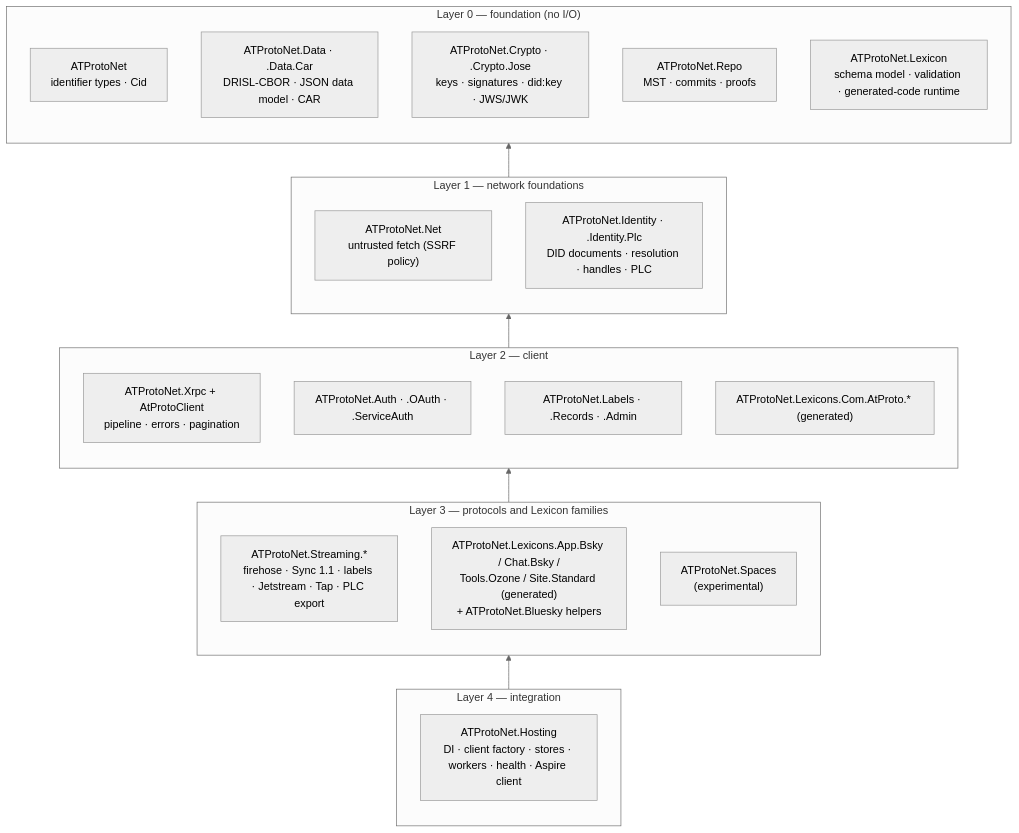
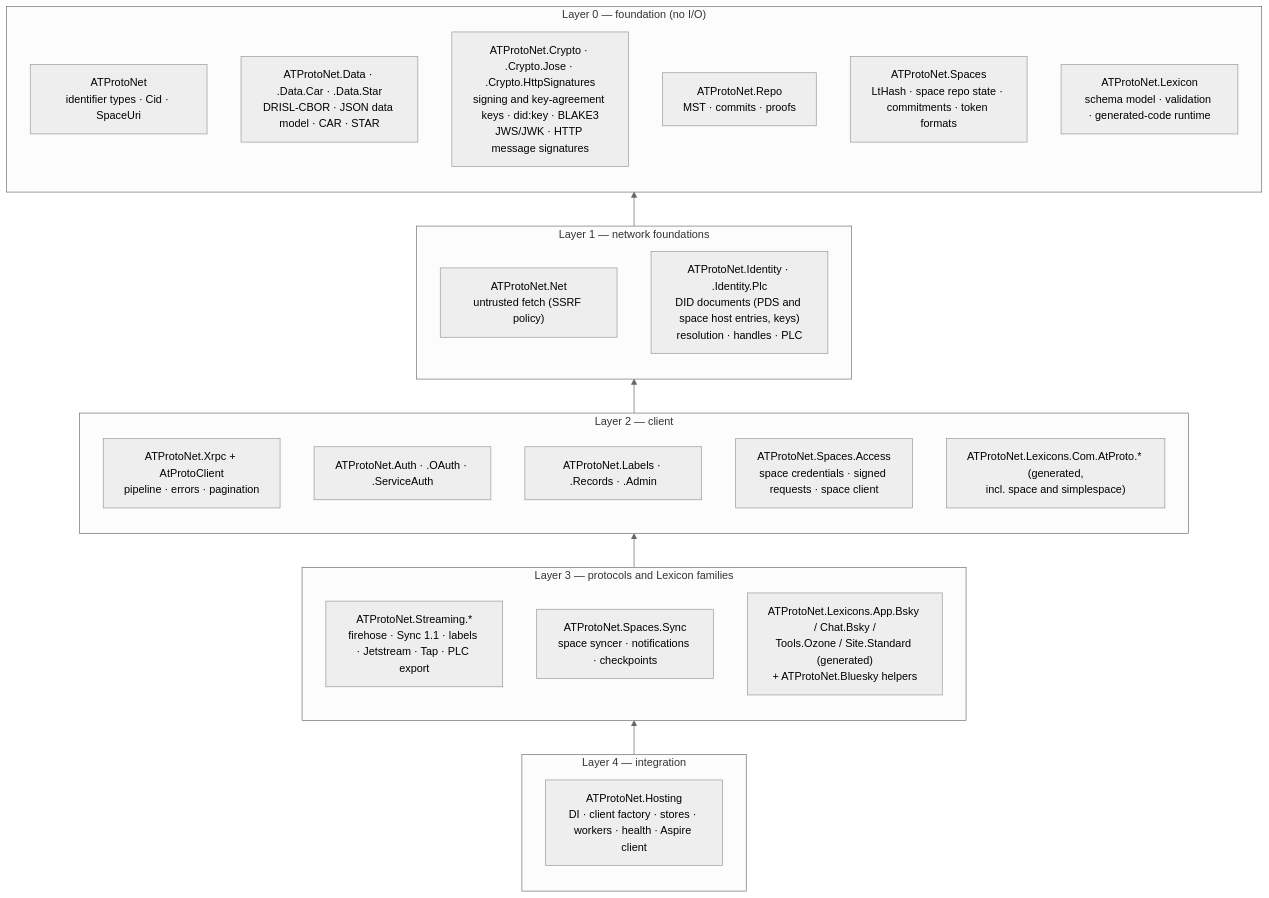
Before and after one commit to Grandiras/ATProto.NET: the second of 6 diagrams in design/02-architecture.md, drawn with Mermaid (neutral theme). The commit also changed other lines of this file and 8 other files, not shown here.

````diff
--- a/design/02-architecture.md
+++ b/design/02-architecture.md
@@ -61,32 +61,34 @@
 ```mermaid
 flowchart BT
     subgraph L0["Layer 0 — foundation (no I/O)"]
-        SYN["ATProtoNet<br/>identifier types · Cid"]
-        DATA["ATProtoNet.Data · .Data.Car<br/>DRISL-CBOR · JSON data model · CAR"]
-        CRY["ATProtoNet.Crypto · .Crypto.Jose<br/>keys · signatures · did:key · JWS/JWK"]
+        SYN["ATProtoNet<br/>identifier types · Cid · SpaceUri"]
+        DATA["ATProtoNet.Data · .Data.Car · .Data.Star<br/>DRISL-CBOR · JSON data model · CAR · STAR"]
+        CRY["ATProtoNet.Crypto · .Crypto.Jose · .Crypto.HttpSignatures<br/>signing and key-agreement keys · did:key · BLAKE3<br/>JWS/JWK · HTTP message signatures"]
         REPO["ATProtoNet.Repo<br/>MST · commits · proofs"]
+        SPCD["ATProtoNet.Spaces<br/>LtHash · space repo state · commitments · token formats"]
         LEX["ATProtoNet.Lexicon<br/>schema model · validation · generated-code runtime"]
     end
     subgraph L1["Layer 1 — network foundations"]
         NET["ATProtoNet.Net<br/>untrusted fetch (SSRF policy)"]
-        IDN["ATProtoNet.Identity · .Identity.Plc<br/>DID documents · resolution · handles · PLC"]
+        IDN["ATProtoNet.Identity · .Identity.Plc<br/>DID documents (PDS and space host entries, keys)<br/>resolution · handles · PLC"]
     end
     subgraph L2["Layer 2 — client"]
         XRPC["ATProtoNet.Xrpc + AtProtoClient<br/>pipeline · errors · pagination"]
         AUTH["ATProtoNet.Auth · .OAuth · .ServiceAuth"]
         MISC["ATProtoNet.Labels · .Records · .Admin"]
-        GCORE["ATProtoNet.Lexicons.Com.AtProto.* (generated)"]
+        SPCA["ATProtoNet.Spaces.Access<br/>space credentials · signed requests · space client"]
+        GCORE["ATProtoNet.Lexicons.Com.AtProto.* (generated,<br/>incl. space and simplespace)"]
     end
     subgraph L3["Layer 3 — protocols and Lexicon families"]
         STR["ATProtoNet.Streaming.*<br/>firehose · Sync 1.1 · labels · Jetstream · Tap · PLC export"]
+        SPCS["ATProtoNet.Spaces.Sync<br/>space syncer · notifications · checkpoints"]
         GFAM["ATProtoNet.Lexicons.App.Bsky / Chat.Bsky /<br/>Tools.Ozone / Site.Standard (generated)<br/>+ ATProtoNet.Bluesky helpers"]
-        SPC["ATProtoNet.Spaces<br/>(experimental)"]
     end
     subgraph L4["Layer 4 — integration"]
         HOST["ATProtoNet.Hosting<br/>DI · client factory · stores · workers · health · Aspire client"]
     end
     L1 --> L0
     L2 --> L1
     L3 --> L2
     L4 --> L3
 ```
````
